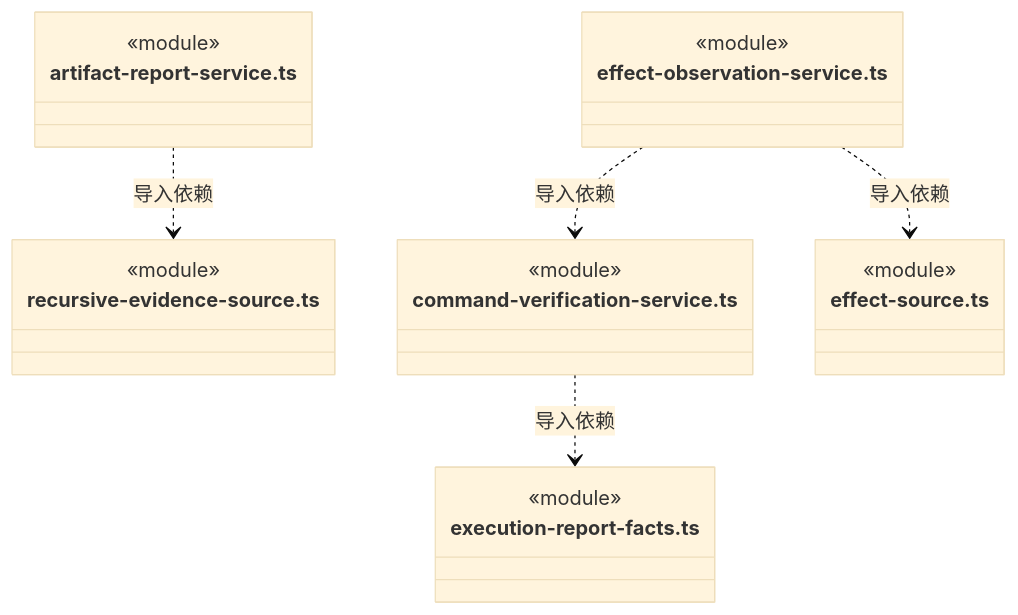
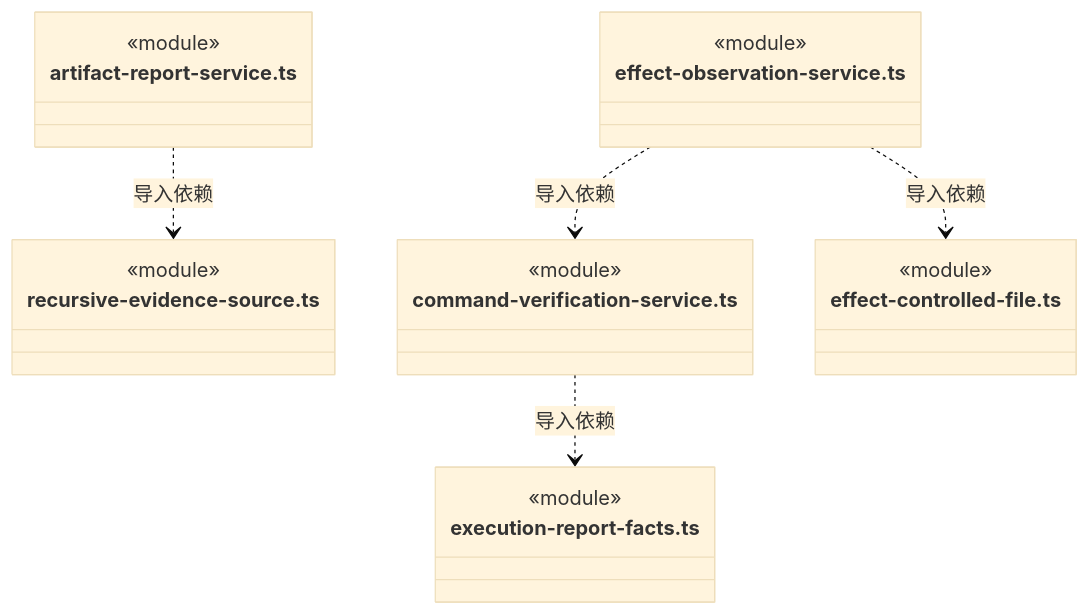
Diagram 20 of 23 in src/logic/evidence/runtime/ARCHITECTURE.md (nan023062/cbim), drawn with Mermaid (base theme) before and after one commit. The commit also changed other lines of this file and 112 other files, not shown here.

Commit message:
docs: align source architecture with current declarations and contracts

````diff
--- a/src/logic/evidence/runtime/ARCHITECTURE.md
+++ b/src/logic/evidence/runtime/ARCHITECTURE.md
@@ -502,25 +503,25 @@
 ```mermaid
 classDiagram
 class N_src_logic_evidence_runtime_artifact_report_service_ts["artifact-report-service.ts"] {
   <<module>>
 }
 class N_src_logic_evidence_runtime_recursive_evidence_source_ts["recursive-evidence-source.ts"] {
   <<module>>
 }
 class N_src_logic_evidence_runtime_command_verification_service_ts["command-verification-service.ts"] {
   <<module>>
 }
 class N_src_logic_evidence_runtime_execution_report_facts_ts["execution-report-facts.ts"] {
   <<module>>
 }
 class N_src_logic_evidence_runtime_effect_observation_service_ts["effect-observation-service.ts"] {
   <<module>>
 }
-class N_src_logic_evidence_runtime_effect_source_ts["effect-source.ts"] {
+class N_src_logic_evidence_runtime_effect_controlled_file_ts["effect-controlled-file.ts"] {
   <<module>>
 }
 N_src_logic_evidence_runtime_artifact_report_service_ts ..> N_src_logic_evidence_runtime_recursive_evidence_source_ts : 导入依赖
 N_src_logic_evidence_runtime_command_verification_service_ts ..> N_src_logic_evidence_runtime_execution_report_facts_ts : 导入依赖
 N_src_logic_evidence_runtime_effect_observation_service_ts ..> N_src_logic_evidence_runtime_command_verification_service_ts : 导入依赖
-N_src_logic_evidence_runtime_effect_observation_service_ts ..> N_src_logic_evidence_runtime_effect_source_ts : 导入依赖
+N_src_logic_evidence_runtime_effect_observation_service_ts ..> N_src_logic_evidence_runtime_effect_controlled_file_ts : 导入依赖
 ```
````
